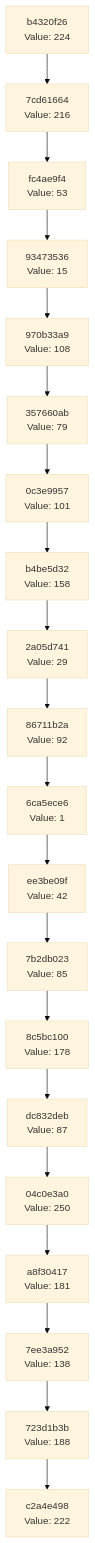
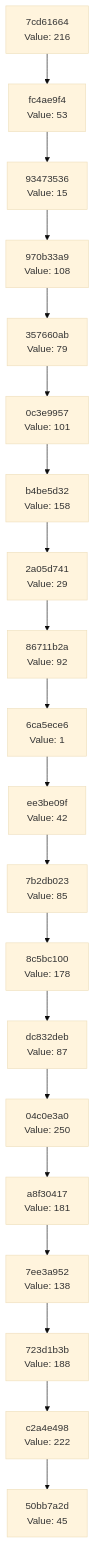
The diagram in docs/CHAIN_VISUALIZATION.md (Abhisheksinha1506/hash-chain-evolver), drawn with Mermaid (base theme) before and after one commit. The commit also changed 2 other files, not shown here.

Commit message:
Evolution Step

````diff
--- a/docs/CHAIN_VISUALIZATION.md
+++ b/docs/CHAIN_VISUALIZATION.md
@@ -3,42 +3,42 @@
 ```mermaid
 graph TD
-    C0["c2a4e498<br/>Value: 222"]
-    C1["723d1b3b<br/>Value: 188"]
+    C0["50bb7a2d<br/>Value: 45"]
+    C1["c2a4e498<br/>Value: 222"]
     C1 --> C0
-    C2["7ee3a952<br/>Value: 138"]
+    C2["723d1b3b<br/>Value: 188"]
     C2 --> C1
-    C3["a8f30417<br/>Value: 181"]
+    C3["7ee3a952<br/>Value: 138"]
     C3 --> C2
-    C4["04c0e3a0<br/>Value: 250"]
+    C4["a8f30417<br/>Value: 181"]
     C4 --> C3
-    C5["dc832deb<br/>Value: 87"]
+    C5["04c0e3a0<br/>Value: 250"]
     C5 --> C4
-    C6["8c5bc100<br/>Value: 178"]
+    C6["dc832deb<br/>Value: 87"]
     C6 --> C5
-    C7["7b2db023<br/>Value: 85"]
+    C7["8c5bc100<br/>Value: 178"]
     C7 --> C6
-    C8["ee3be09f<br/>Value: 42"]
+    C8["7b2db023<br/>Value: 85"]
     C8 --> C7
-    C9["6ca5ece6<br/>Value: 1"]
+    C9["ee3be09f<br/>Value: 42"]
     C9 --> C8
-    C10["86711b2a<br/>Value: 92"]
+    C10["6ca5ece6<br/>Value: 1"]
     C10 --> C9
-    C11["2a05d741<br/>Value: 29"]
+    C11["86711b2a<br/>Value: 92"]
     C11 --> C10
-    C12["b4be5d32<br/>Value: 158"]
+    C12["2a05d741<br/>Value: 29"]
     C12 --> C11
-    C13["0c3e9957<br/>Value: 101"]
+    C13["b4be5d32<br/>Value: 158"]
     C13 --> C12
-    C14["357660ab<br/>Value: 79"]
+    C14["0c3e9957<br/>Value: 101"]
     C14 --> C13
-    C15["970b33a9<br/>Value: 108"]
+    C15["357660ab<br/>Value: 79"]
     C15 --> C14
-    C16["93473536<br/>Value: 15"]
+    C16["970b33a9<br/>Value: 108"]
     C16 --> C15
-    C17["fc4ae9f4<br/>Value: 53"]
+    C17["93473536<br/>Value: 15"]
     C17 --> C16
-    C18["7cd61664<br/>Value: 216"]
+    C18["fc4ae9f4<br/>Value: 53"]
     C18 --> C17
-    C19["b4320f26<br/>Value: 224"]
+    C19["7cd61664<br/>Value: 216"]
     C19 --> C18
 ```
````
